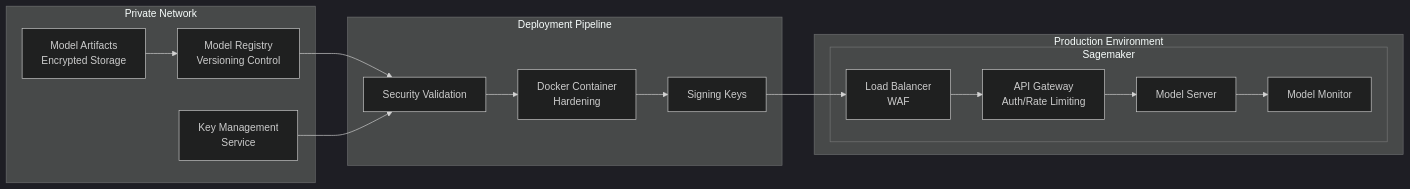
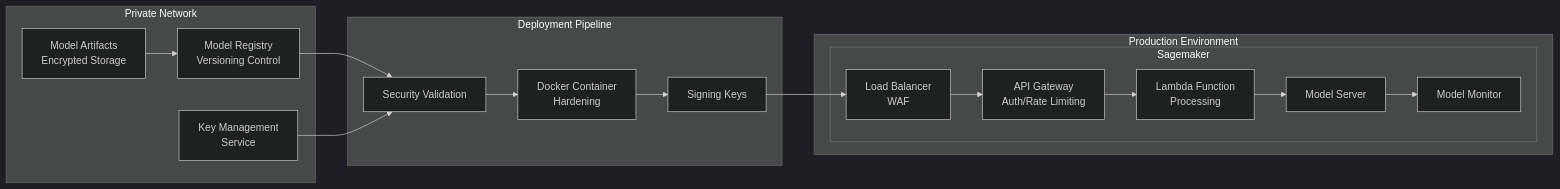
The first of 4 diagrams in ai-security/ai-security.md (dochristy/triton-test), drawn with Mermaid (dark theme) before and after one commit.

````diff
--- a/ai-security/ai-security.md
+++ b/ai-security/ai-security.md
@@ -20,34 +20,40 @@
    ```mermaid
     flowchart LR
         subgraph Private Network
             MA[Model Artifacts\nEncrypted Storage]
             MR[Model Registry\nVersioning Control]
             KC[Key Management\nService]
         end
 
     subgraph Deployment Pipeline
         SV[Security Validation]
         DC[Docker Container\nHardening]
         SK[Signing Keys]
     end
 
     subgraph Production Environment
     subgraph Sagemaker
-        LB[Load Balancer\nWAF]
-        API[API Gateway\nAuth/Rate Limiting]
+        LB[Load Balancer
+            WAF]
+        API[API Gateway
+            Auth/Rate Limiting]
+        Lambda[Lambda Function
+               Processing]
         MS[Model Server]
         MT[Model Monitor]
     end
     end
 
     MA --> MR
     MR --> SV
     KC --> SV
     SV --> DC
     DC --> SK
     SK --> LB
     LB --> API
-    API --> MS
+    API --> Lambda
+    Lambda --> MS
     MS --> MT
 
+
    ```
````
